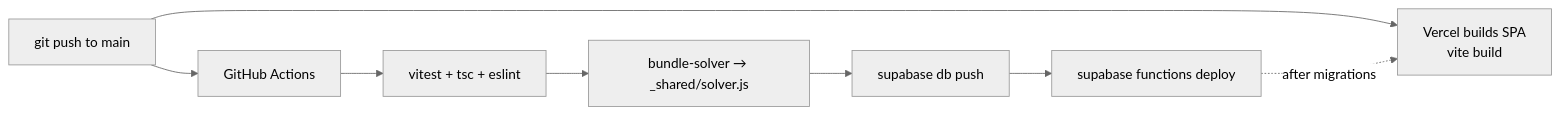
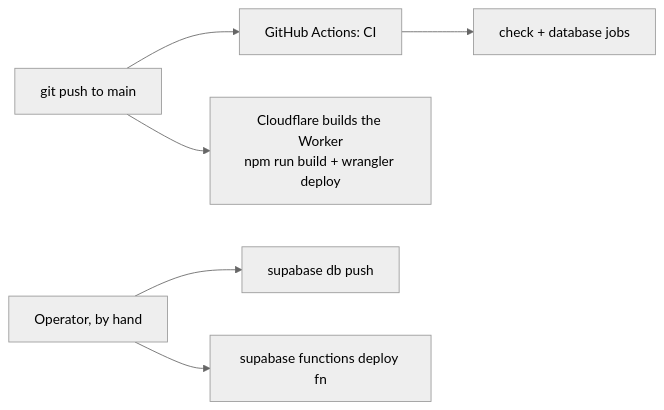
One commit to omriglass/CarSiddur changed diagram 11 of 11 in docs/ARCHITECTURE.md. Above: the diagram before and after it, drawn with Mermaid (neutral theme). The commit also changed other lines of this file and 57 other files, not shown here.

First line of the commit message:
Launch readiness batch 2: error screen, security headers, db export, Cloudflare docs, skill/agent fixes, solver and frontend debt

````diff
--- a/docs/ARCHITECTURE.md
+++ b/docs/ARCHITECTURE.md
@@ -530,10 +532,8 @@
 ```mermaid
 flowchart LR
-  dev[git push to main] --> gh[GitHub Actions]
-  gh --> test[vitest + tsc + eslint]
-  test --> bundle[bundle-solver → _shared/solver.js]
-  bundle --> dbpush[supabase db push]
-  dbpush --> fndeploy[supabase functions deploy]
-  dev --> vercel[Vercel builds SPA<br/>vite build]
-  fndeploy -. after migrations .-> vercel
+  dev[git push to main] --> gh[GitHub Actions: CI]
+  gh --> checkjob[check + database jobs]
+  dev --> cf[Cloudflare builds the Worker<br/>npm run build + wrangler deploy]
+  op[Operator, by hand] --> dbpush[supabase db push]
+  op --> fndeploy[supabase functions deploy fn]
 ```
````
